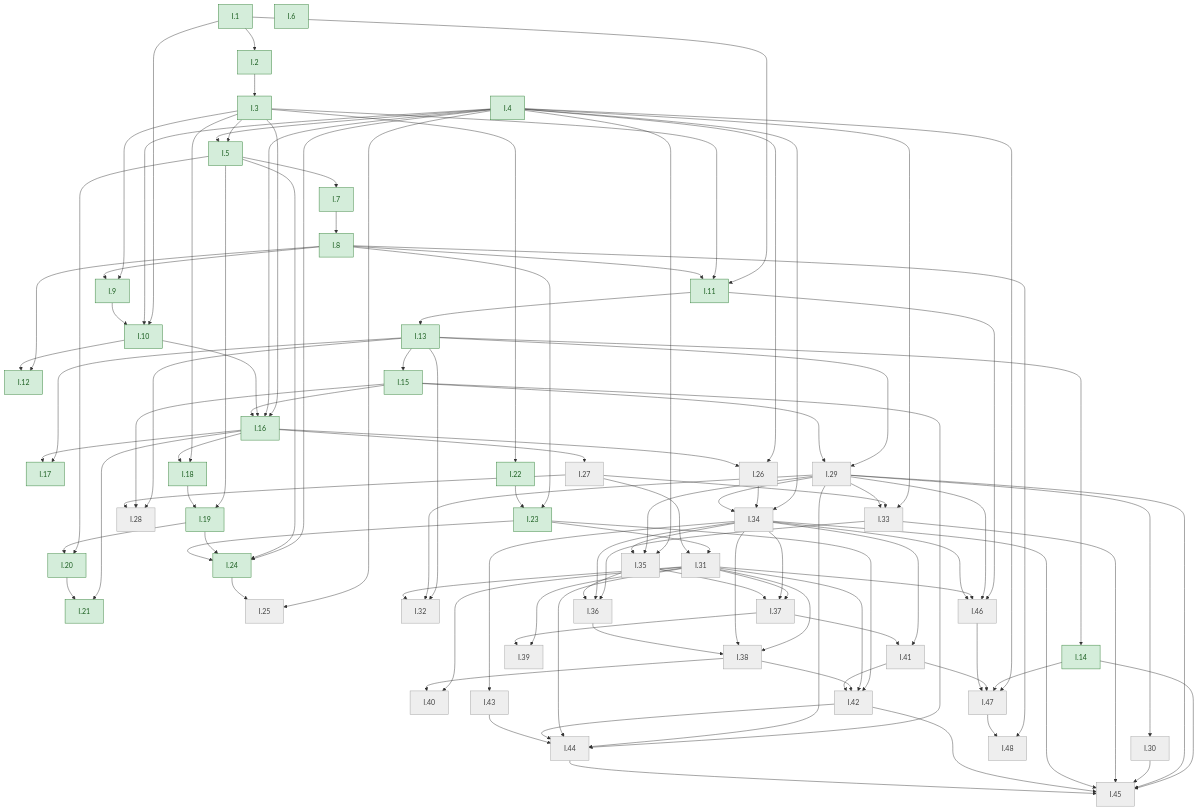
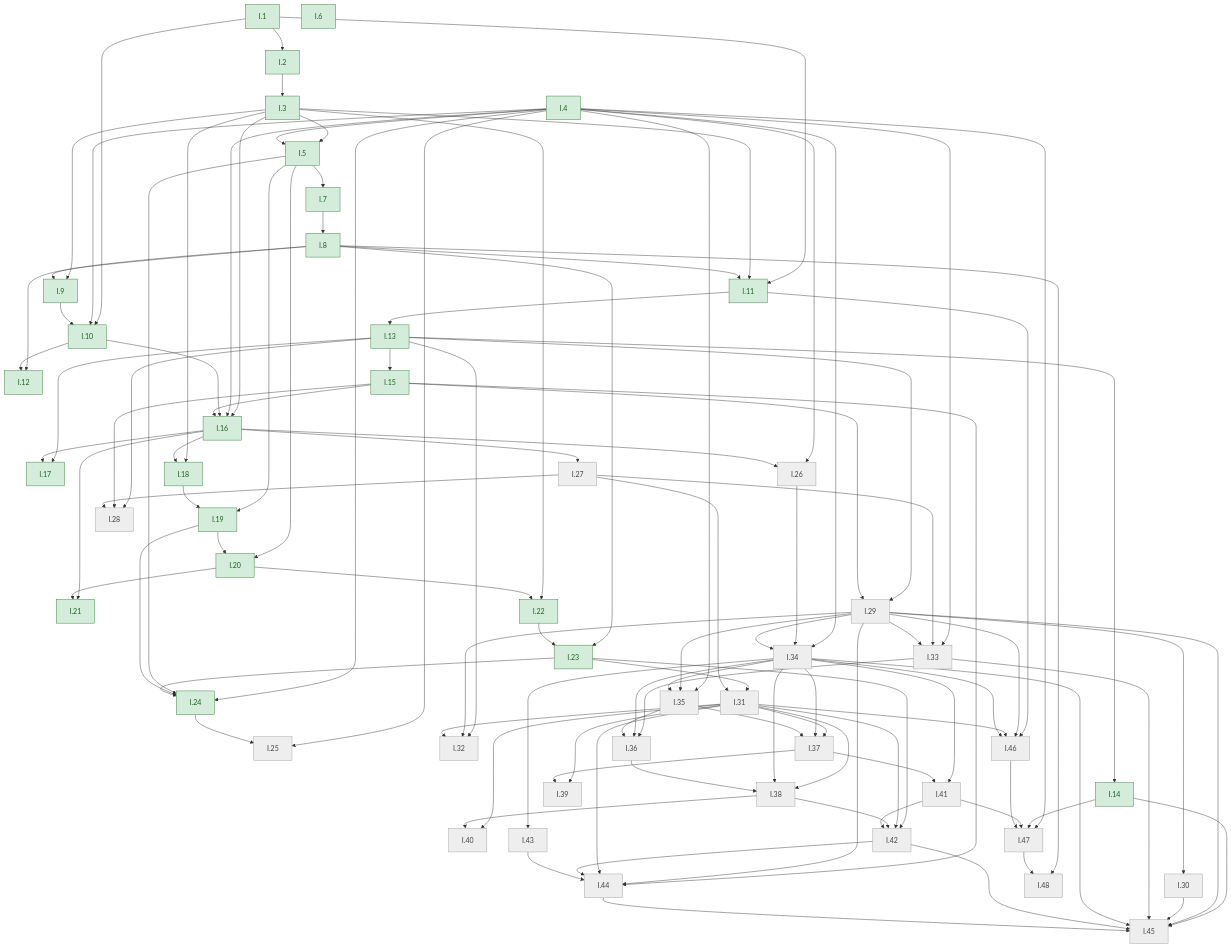
One commit to dodecaplex-co/stoicheia changed the diagram in GRAPH.md. Above: the diagram before and after it, drawn with Mermaid. The commit also changed 52 other files, not shown here.

```diff
--- a/GRAPH.md
+++ b/GRAPH.md
@@ -90,6 +90,7 @@
   I16 --> I21
   I20 --> I21
   I3 --> I22
+  I20 --> I22
   I8 --> I23
   I22 --> I23
   I4 --> I24
```
